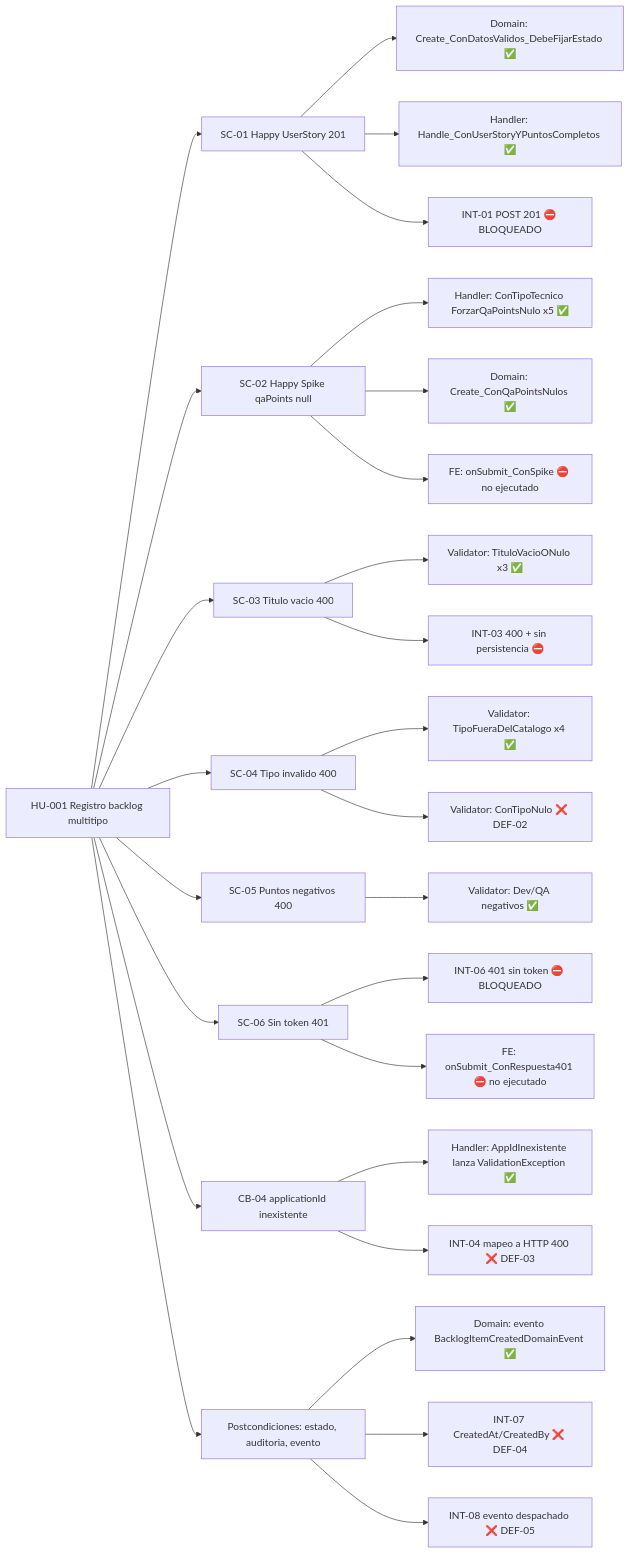
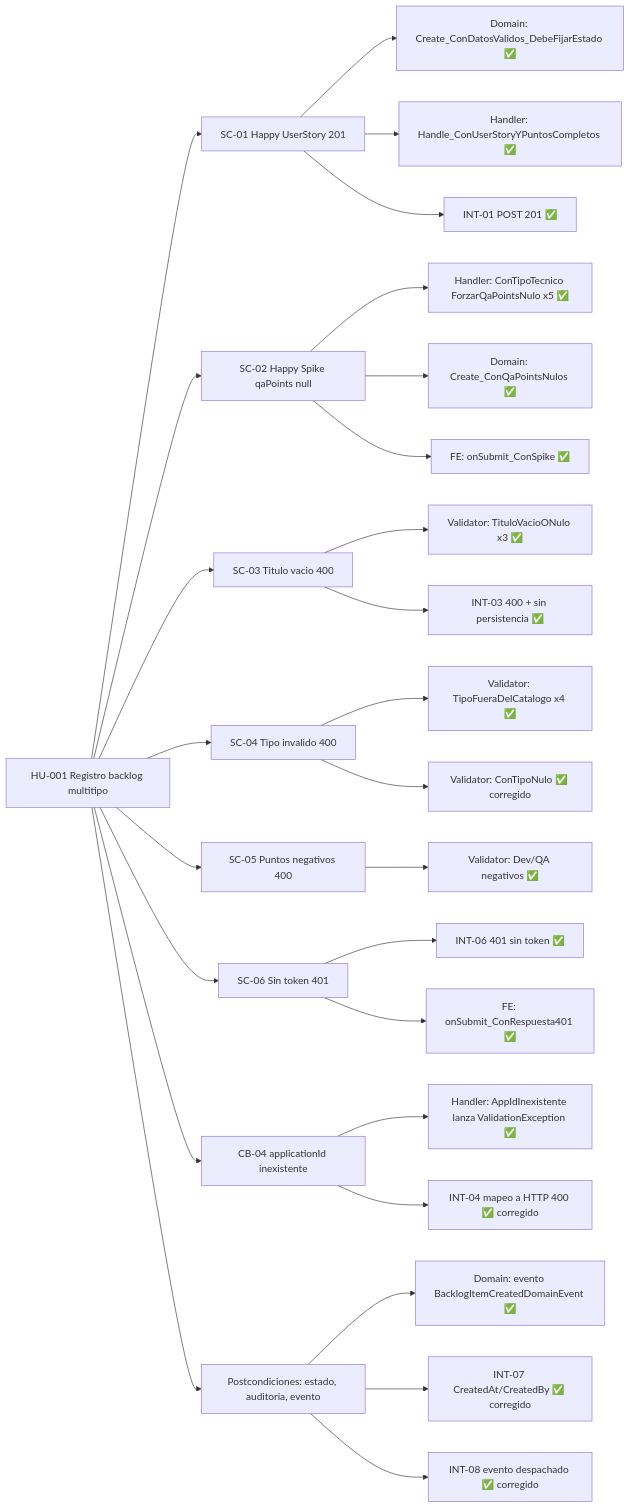
One commit to pauloravicaceres/tech-work-hub changed the first of 4 diagrams in documents/qa-auto/qa-report.md. Above: the diagram before and after it, drawn with Mermaid. The commit also changed other lines of this file and 1 other file, not shown here.

````diff
--- a/documents/qa-auto/qa-report.md
+++ b/documents/qa-auto/qa-report.md
@@ -25,31 +28,31 @@
 ```mermaid
 flowchart LR
   HU[HU-001 Registro backlog multitipo]
   HU --> SC01[SC-01 Happy UserStory 201]
   HU --> SC02[SC-02 Happy Spike qaPoints null]
   HU --> SC03[SC-03 Titulo vacio 400]
   HU --> SC04[SC-04 Tipo invalido 400]
   HU --> SC05[SC-05 Puntos negativos 400]
   HU --> SC06[SC-06 Sin token 401]
   HU --> CB04[CB-04 applicationId inexistente]
   HU --> POST[Postcondiciones: estado, auditoria, evento]
 
   SC01 --> U1[Domain: Create_ConDatosValidos_DebeFijarEstado ✅]
   SC01 --> U2[Handler: Handle_ConUserStoryYPuntosCompletos ✅]
-  SC01 --> I1[INT-01 POST 201 ⛔ BLOQUEADO]
+  SC01 --> I1[INT-01 POST 201 ✅]
   SC02 --> U3[Handler: ConTipoTecnico ForzarQaPointsNulo x5 ✅]
   SC02 --> U4[Domain: Create_ConQaPointsNulos ✅]
-  SC02 --> F1[FE: onSubmit_ConSpike ⛔ no ejecutado]
+  SC02 --> F1[FE: onSubmit_ConSpike ✅]
   SC03 --> V1[Validator: TituloVacioONulo x3 ✅]
-  SC03 --> I2[INT-03 400 + sin persistencia ⛔]
+  SC03 --> I2[INT-03 400 + sin persistencia ✅]
   SC04 --> V2[Validator: TipoFueraDelCatalogo x4 ✅]
-  SC04 --> V3[Validator: ConTipoNulo ❌ DEF-02]
+  SC04 --> V3[Validator: ConTipoNulo ✅ corregido]
   SC05 --> V4[Validator: Dev/QA negativos ✅]
-  SC06 --> I3[INT-06 401 sin token ⛔ BLOQUEADO]
-  SC06 --> F2[FE: onSubmit_ConRespuesta401 ⛔ no ejecutado]
+  SC06 --> I3[INT-06 401 sin token ✅]
+  SC06 --> F2[FE: onSubmit_ConRespuesta401 ✅]
   CB04 --> U5[Handler: AppIdInexistente lanza ValidationException ✅]
-  CB04 --> I4[INT-04 mapeo a HTTP 400 ❌ DEF-03]
+  CB04 --> I4[INT-04 mapeo a HTTP 400 ✅ corregido]
   POST --> D1[Domain: evento BacklogItemCreatedDomainEvent ✅]
-  POST --> I5[INT-07 CreatedAt/CreatedBy ❌ DEF-04]
-  POST --> I6[INT-08 evento despachado ❌ DEF-05]
+  POST --> I5[INT-07 CreatedAt/CreatedBy ✅ corregido]
+  POST --> I6[INT-08 evento despachado ✅ corregido]
 ```
````
